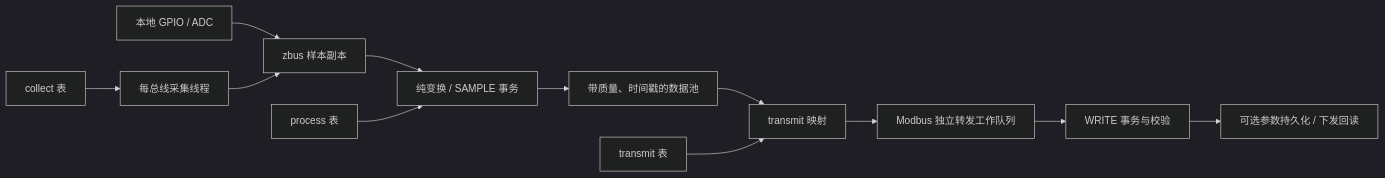
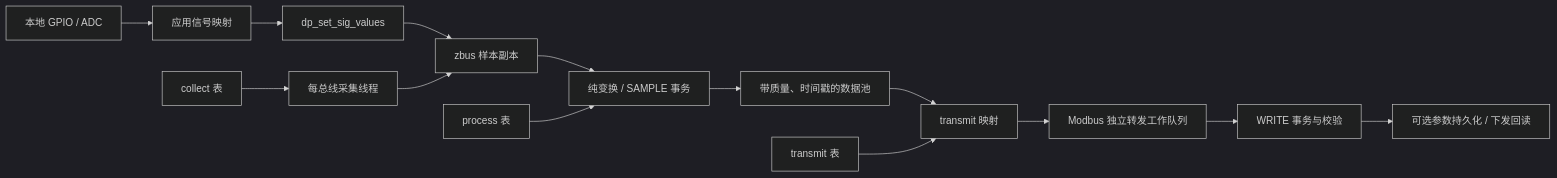
One commit to ryaaaaaan96/IDU-pre changed the diagram in docs/collect-process-transmit.md. Above: the diagram before and after it, drawn with Mermaid (dark theme). The commit also changed other lines of this file and 7 other files, not shown here.

````diff
--- a/docs/collect-process-transmit.md
+++ b/docs/collect-process-transmit.md
@@ -98,14 +99,16 @@
 ```mermaid
 flowchart LR
-    HW[本地 GPIO / ADC] --> PUB[zbus 样本副本]
+    HW[本地 GPIO / ADC] --> MAP[应用信号映射]
+    MAP --> SET[dp_set_sig_values]
+    SET --> PUB[zbus 样本副本]
     BUS[每总线采集线程] --> PUB
     CT[collect 表] --> BUS
     PUB --> P[纯变换 / SAMPLE 事务]
     PT[process 表] --> P
     P --> DM[带质量、时间戳的数据池]
     DM --> T[transmit 映射]
     TT[transmit 表] --> T
     T --> MB[Modbus 独立转发工作队列]
     MB --> W[WRITE 事务与校验]
     W --> NVS[可选参数持久化 / 下发回读]
 ```
````
